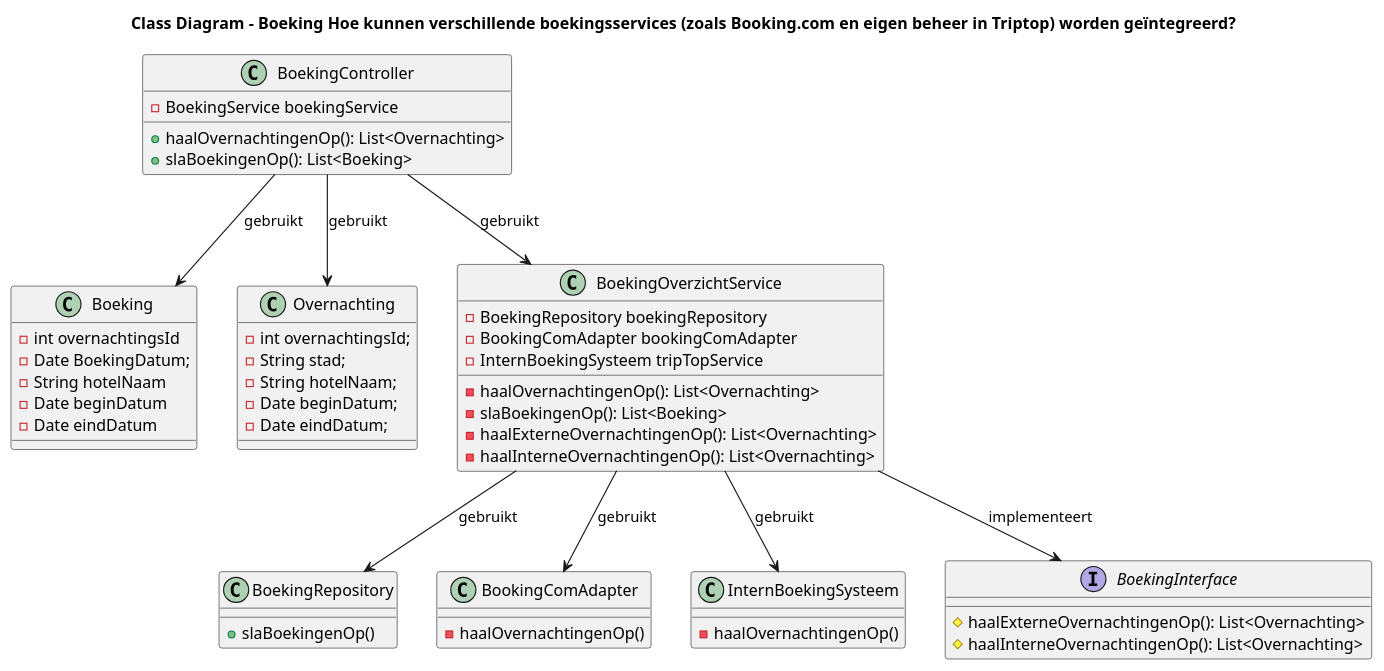
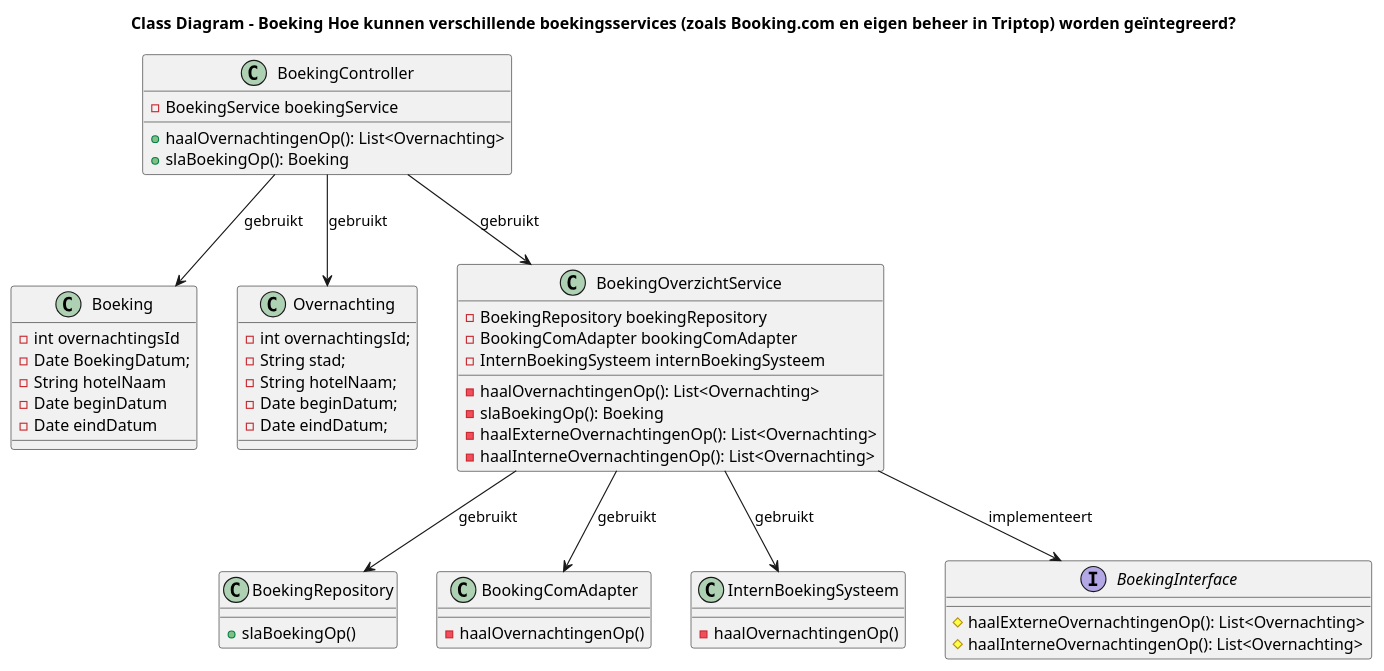
The diagram in software-guidebook/component-code/sybren/class-diagram-2.puml (AIM-ENE-feb25/triptop-asas), drawn with PlantUML before and after one commit. The commit also changed 7 other files, not shown here.

```diff
--- a/software-guidebook/component-code/sybren/class-diagram-2.puml
+++ b/software-guidebook/component-code/sybren/class-diagram-2.puml
@@ -1,64 +1,64 @@
 @startuml
 title Class Diagram – Boeking Hoe kunnen verschillende boekingsservices (zoals Booking.com en eigen beheer in Triptop) worden geïntegreerd?
 
 class Boeking {
     -int overnachtingsId
     -Date BoekingDatum;
     - String hotelNaam
     -Date beginDatum
     -Date eindDatum
 }
 
 class Overnachting {
     - int overnachtingsId;
     - String stad;
     - String hotelNaam;
     - Date beginDatum;
     - Date eindDatum;
 }
 
 class BoekingController {
     - BoekingService boekingService
     + haalOvernachtingenOp(): List<Overnachting>
-    + slaBoekingenOp(): List<Boeking>
+    + slaBoekingOp(): Boeking
 }
 
 
 class BoekingRepository {
-    + slaBoekingenOp()
+    + slaBoekingOp()
 }
 
 
 class BoekingOverzichtService {
     - BoekingRepository boekingRepository
     - BookingComAdapter bookingComAdapter
-    - InternBoekingSysteem tripTopService
+    - InternBoekingSysteem internBoekingSysteem
     - haalOvernachtingenOp(): List<Overnachting>
-    - slaBoekingenOp(): List<Boeking>
+    - slaBoekingOp(): Boeking
     - haalExterneOvernachtingenOp(): List<Overnachting>
     - haalInterneOvernachtingenOp(): List<Overnachting>
 }
 
 class BookingComAdapter {
     - haalOvernachtingenOp()
 }
 
 class InternBoekingSysteem {
     - haalOvernachtingenOp()
 }
 
 interface BoekingInterface {
     # haalExterneOvernachtingenOp(): List<Overnachting>
     # haalInterneOvernachtingenOp(): List<Overnachting>
 }
 
 BoekingController --> BoekingOverzichtService: "gebruikt"
 BoekingController --> Boeking: "gebruikt"
 BoekingController --> Overnachting: "gebruikt"
 BoekingOverzichtService --> BoekingRepository: "gebruikt"
 BoekingOverzichtService --> BoekingInterface: "implementeert"
 BoekingOverzichtService  --> BookingComAdapter : "gebruikt"
 BoekingOverzichtService --> InternBoekingSysteem : "gebruikt"
 
 
 @enduml
```
